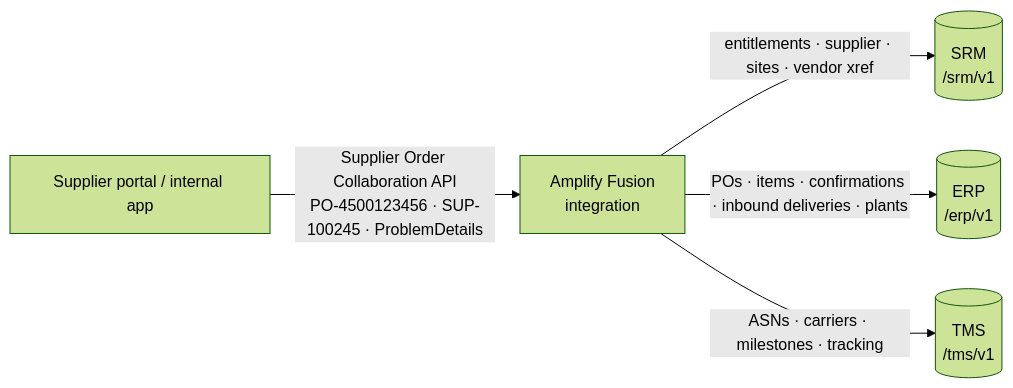
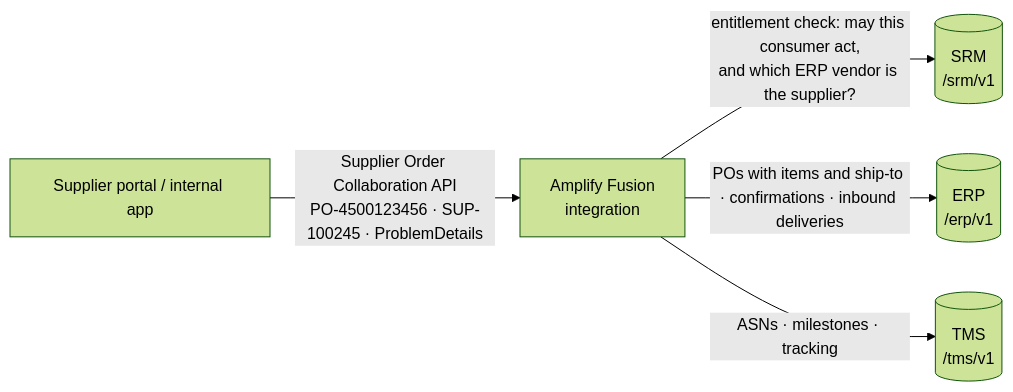
Before and after one commit to lbrenman/mock-purchase-order-backend: the diagram in README.md, drawn with Mermaid (forest theme). The commit also changed other lines of this file and 24 other files, not shown here.

````diff
--- a/README.md
+++ b/README.md
@@ -14,7 +15,7 @@
 ```mermaid
 flowchart LR
     C[Supplier portal / internal app] -->|Supplier Order Collaboration API<br/>PO-4500123456 · SUP-100245 · ProblemDetails| F[Amplify Fusion<br/>integration]
-    F -->|entitlements · supplier · sites · vendor xref| SRM[(SRM<br/>/srm/v1)]
-    F -->|POs · items · confirmations · inbound deliveries · plants| ERP[(ERP<br/>/erp/v1)]
-    F -->|ASNs · carriers · milestones · tracking| TMS[(TMS<br/>/tms/v1)]
+    F -->|entitlement check: may this consumer act,<br/>and which ERP vendor is the supplier?| SRM[(SRM<br/>/srm/v1)]
+    F -->|POs with items and ship-to · confirmations · inbound deliveries| ERP[(ERP<br/>/erp/v1)]
+    F -->|ASNs · milestones · tracking| TMS[(TMS<br/>/tms/v1)]
 ```
````
